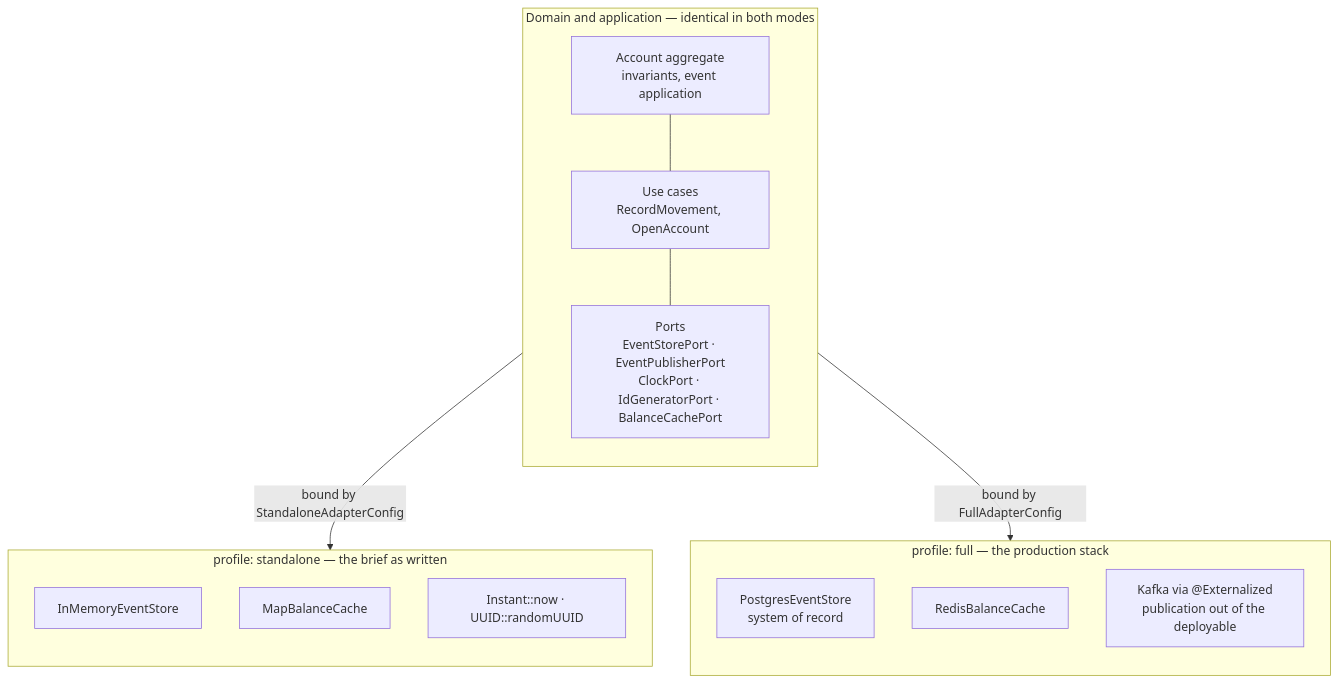
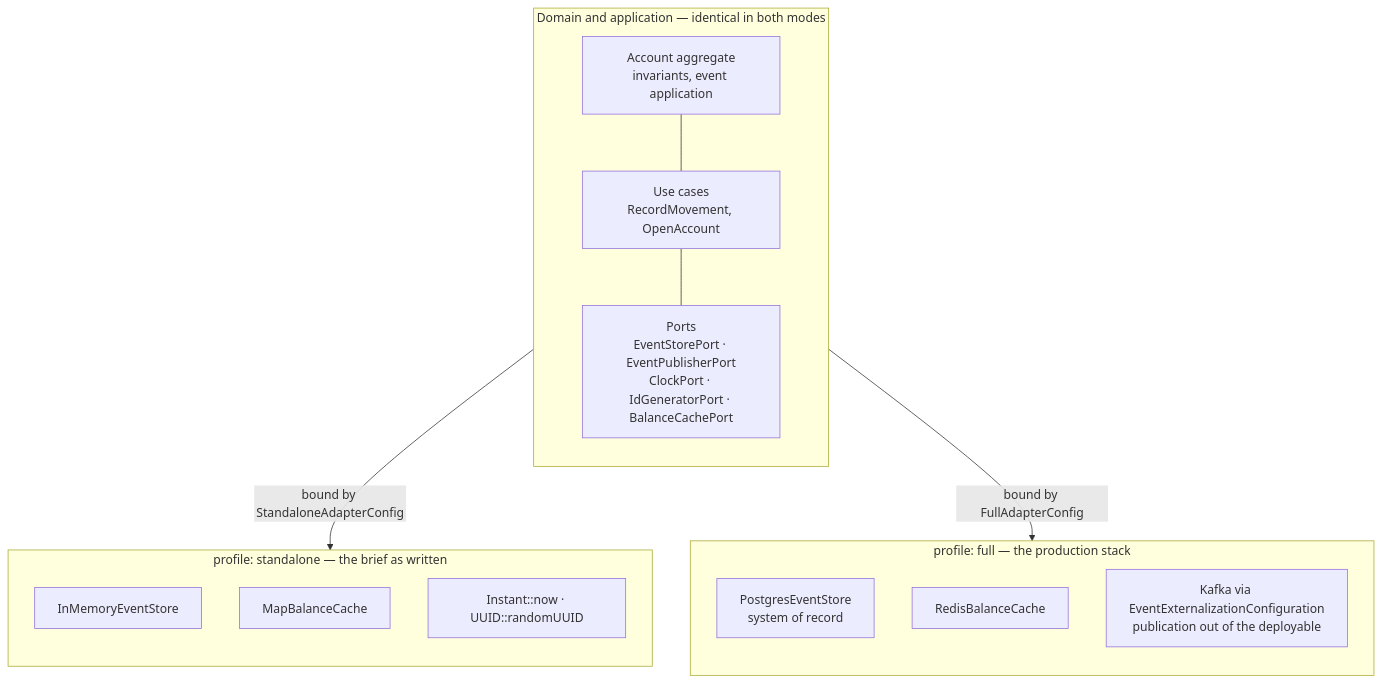
Before and after one commit to ffroliva/tiny-ledger: the first of 3 diagrams in docs/architecture.md, drawn with Mermaid. The commit also changed other lines of this file and 6 other files, not shown here.

````diff
--- a/docs/architecture.md
+++ b/docs/architecture.md
@@ -20,27 +20,27 @@
 ```mermaid
 flowchart TB
     subgraph core["Domain and application — identical in both modes"]
         direction TB
         AGG["Account aggregate<br/>invariants, event application"]
         UC["Use cases<br/>RecordMovement, OpenAccount"]
         PORTS["Ports<br/>EventStorePort · EventPublisherPort<br/>ClockPort · IdGeneratorPort · BalanceCachePort"]
         AGG --- UC --- PORTS
     end
 
     subgraph standalone["profile: standalone — the brief as written"]
         direction TB
         S1["InMemoryEventStore"]
         S2["MapBalanceCache"]
         S3["Instant::now · UUID::randomUUID"]
     end
 
     subgraph full["profile: full — the production stack"]
         direction TB
         F1["PostgresEventStore<br/>system of record"]
         F2["RedisBalanceCache"]
-        F3["Kafka via @Externalized<br/>publication out of the deployable"]
+        F3["Kafka via EventExternalizationConfiguration<br/>publication out of the deployable"]
     end
 
     PORTS -->|"bound by StandaloneAdapterConfig"| standalone
     PORTS -->|"bound by FullAdapterConfig"| full
 ```
````
